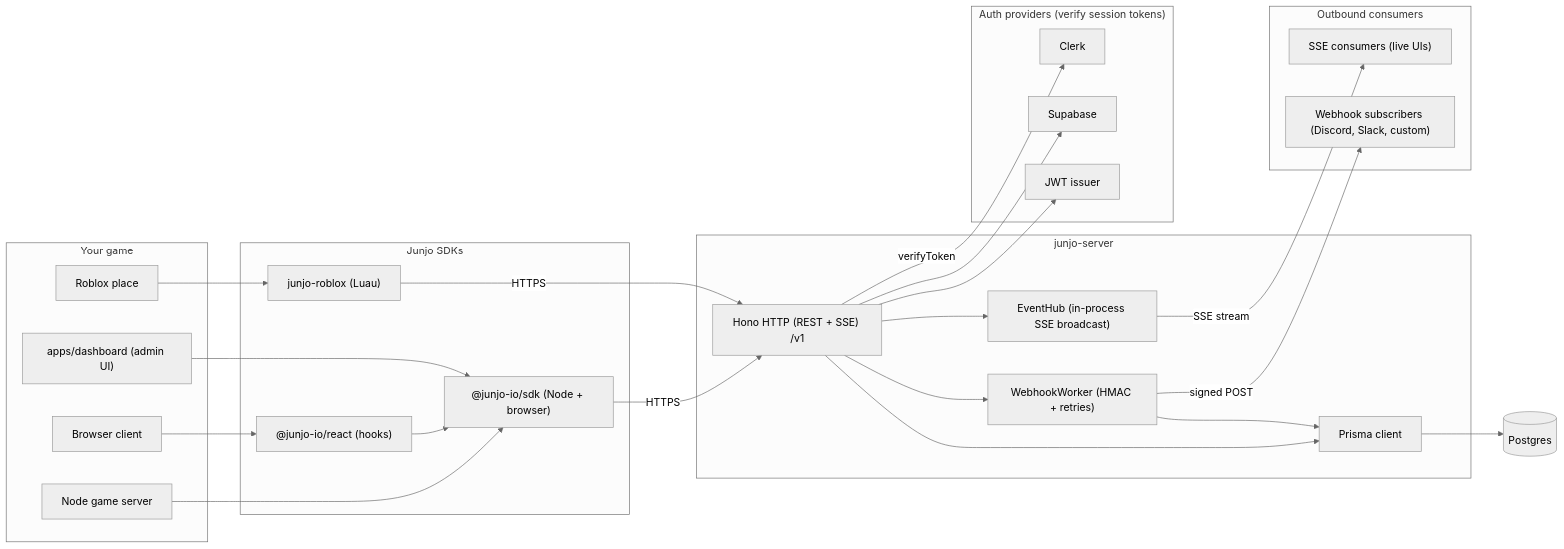
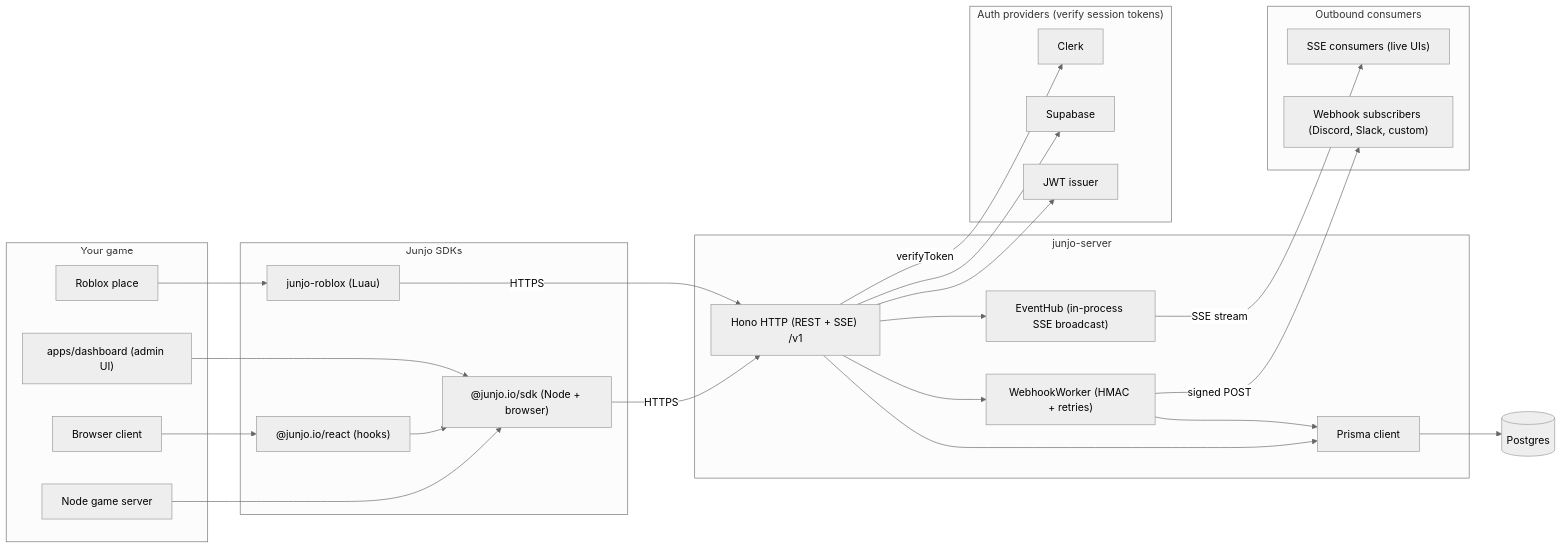
The diagram in tools/diagrams/source/system-architecture.mmd (GabeCurran/junjo), drawn with Mermaid before and after one commit. The commit also changed 129 other files, not shown here.

```diff
--- a/tools/diagrams/source/system-architecture.mmd
+++ b/tools/diagrams/source/system-architecture.mmd
@@ -1,56 +1,56 @@
 %%{init: {'theme': 'neutral'}}%%
 flowchart LR
   subgraph clients["Your game"]
     nodeApp["Node game server"]
     browserApp["Browser client"]
     robloxApp["Roblox place"]
     dashboard["apps/dashboard (admin UI)"]
   end
 
   subgraph sdks["Junjo SDKs"]
-    tsSdk["@junjo-io/sdk (Node + browser)"]
-    reactSdk["@junjo-io/react (hooks)"]
+    tsSdk["@junjo.io/sdk (Node + browser)"]
+    reactSdk["@junjo.io/react (hooks)"]
     robloxSdk["junjo-roblox (Luau)"]
   end
 
   subgraph server["junjo-server"]
     hono["Hono HTTP (REST + SSE) /v1"]
     eventHub["EventHub (in-process SSE broadcast)"]
     webhookWorker["WebhookWorker (HMAC + retries)"]
     prisma["Prisma client"]
   end
 
   postgres[("Postgres")]
 
   subgraph auth["Auth providers (verify session tokens)"]
     clerk["Clerk"]
     supabase["Supabase"]
     jwt["JWT issuer"]
   end
 
   subgraph subscribers["Outbound consumers"]
     sseClient["SSE consumers (live UIs)"]
     webhookSink["Webhook subscribers (Discord, Slack, custom)"]
   end
 
   nodeApp --> tsSdk
   browserApp --> reactSdk
   reactSdk --> tsSdk
   robloxApp --> robloxSdk
   dashboard --> tsSdk
 
   tsSdk -- HTTPS --> hono
   robloxSdk -- HTTPS --> hono
 
   hono --> eventHub
   hono --> webhookWorker
   hono --> prisma
   webhookWorker --> prisma
   prisma --> postgres
 
   hono -- verifyToken --> clerk
   hono --> supabase
   hono --> jwt
 
   eventHub -- SSE stream --> sseClient
   webhookWorker -- signed POST --> webhookSink
```
